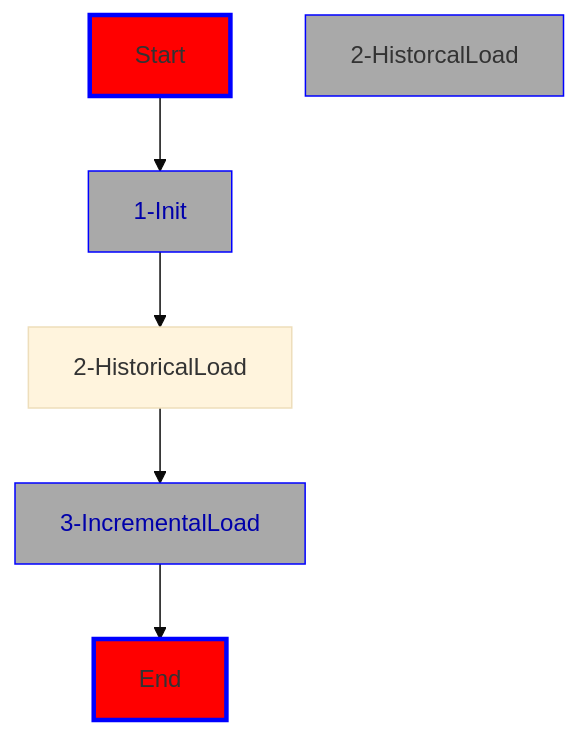
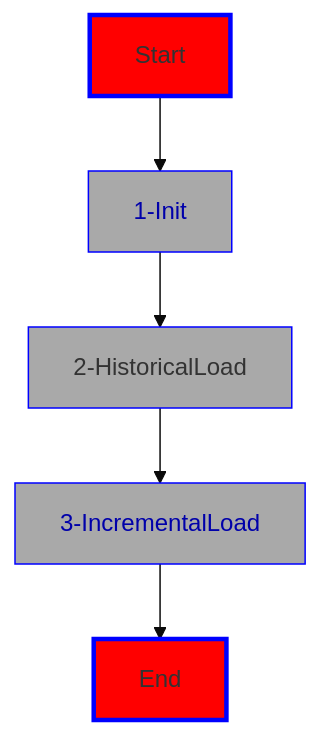
The diagram in bundle_adb_360/README.md (Azure/Databricks360), drawn with Mermaid (base theme) before and after one commit.

Commit message:
readme for bundles

````diff
--- a/bundle_adb_360/README.md
+++ b/bundle_adb_360/README.md
@@ -44,14 +44,14 @@
 ```mermaid
 flowchart TD
 Start --> 1-Init
 style Start fill:red,stroke:blue,stroke-width:3px,shadow:shadow
 1-Init --> 2-HistoricalLoad
 style 1-Init fill:darkgray,stroke:blue,stroke-witdth:3px,shadow:shadow,color:#0000aa
 2-HistoricalLoad --> 3-IncrementalLoad
-style 2-HistorcalLoad fill:darkgray,stroke:blue,stroke-witdth:3px,shadow:shadow,color:#0000aa3-Post-Metastore
+style 2-HistoricalLoad fill:darkgray,stroke:blue,stroke-witdth:3px,shadow:shadow,color:#0000aa3-Post-Metastore
 style 3-IncrementalLoad fill:lightgreen,stroke:blue,stroke-witdth:3px,shadow:shadow,color:#0000aa
 3-IncrementalLoad --> End
 style 3-IncrementalLoad fill:darkgray,stroke:blue,stroke-witdth:3px,shadow:shadow,color:#0000aa
 style End fill:red,stroke:blue,stroke-width:3px,shadow:shadow
 
 ```
````
